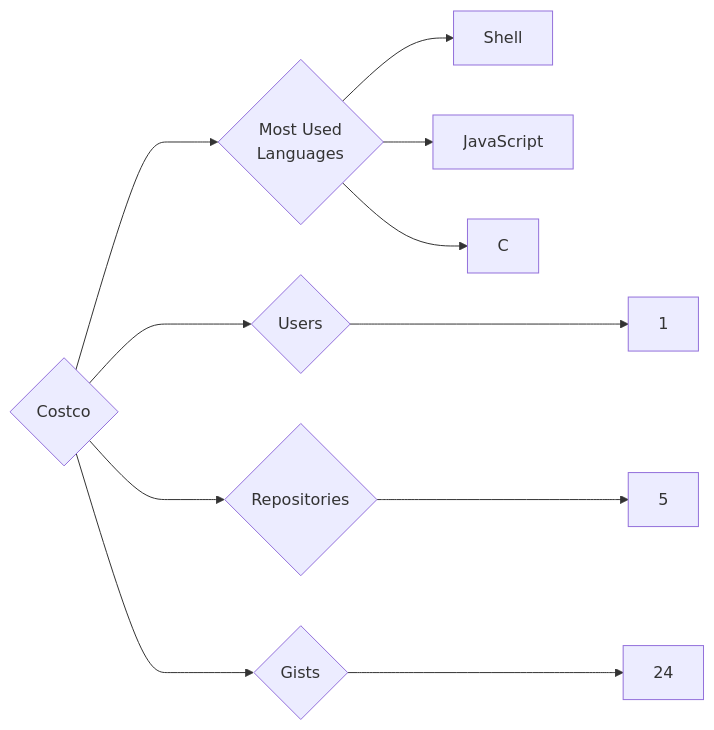
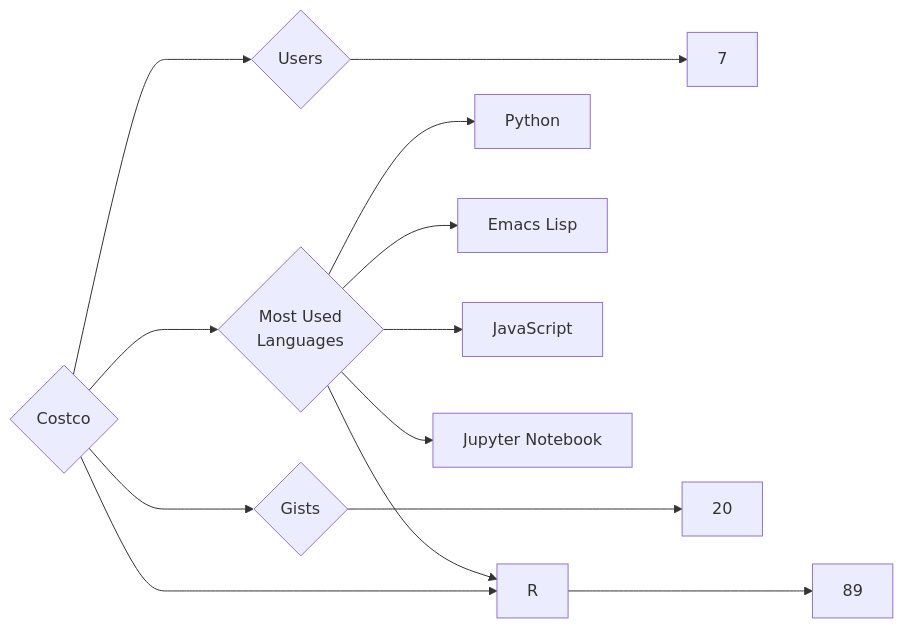
One commit to trickest/insiders changed the diagram in targets/Costco/README.md. Above: the diagram before and after it, drawn with Mermaid. The commit also changed 993 other files, not shown here.

````diff
--- a/targets/Costco/README.md
+++ b/targets/Costco/README.md
@@ -3,11 +3,13 @@
 ```mermaid
 graph LR
 COMPANY_NAME{Costco}
-COMPANY_NAME ---> U{Users} ---> UN[1]
-COMPANY_NAME ---> R{Repositories} ---> RN[5]
-COMPANY_NAME ---> G{Gists} ---> GN[24]
+COMPANY_NAME ---> U{Users} ---> UN[7]
+COMPANY_NAME ---> R{Repositories} ---> RN[89]
+COMPANY_NAME ---> G{Gists} ---> GN[20]
 COMPANY_NAME ---> ML{Most Used<br>Languages}
-ML --> Shell[Shell]
+ML --> Python[Python]
+ML --> Emacs_Lisp[Emacs Lisp]
 ML --> JavaScript[JavaScript]
-ML --> C[C]
+ML --> R[R]
+ML --> Jupyter_Notebook[Jupyter Notebook]
 ```
````
